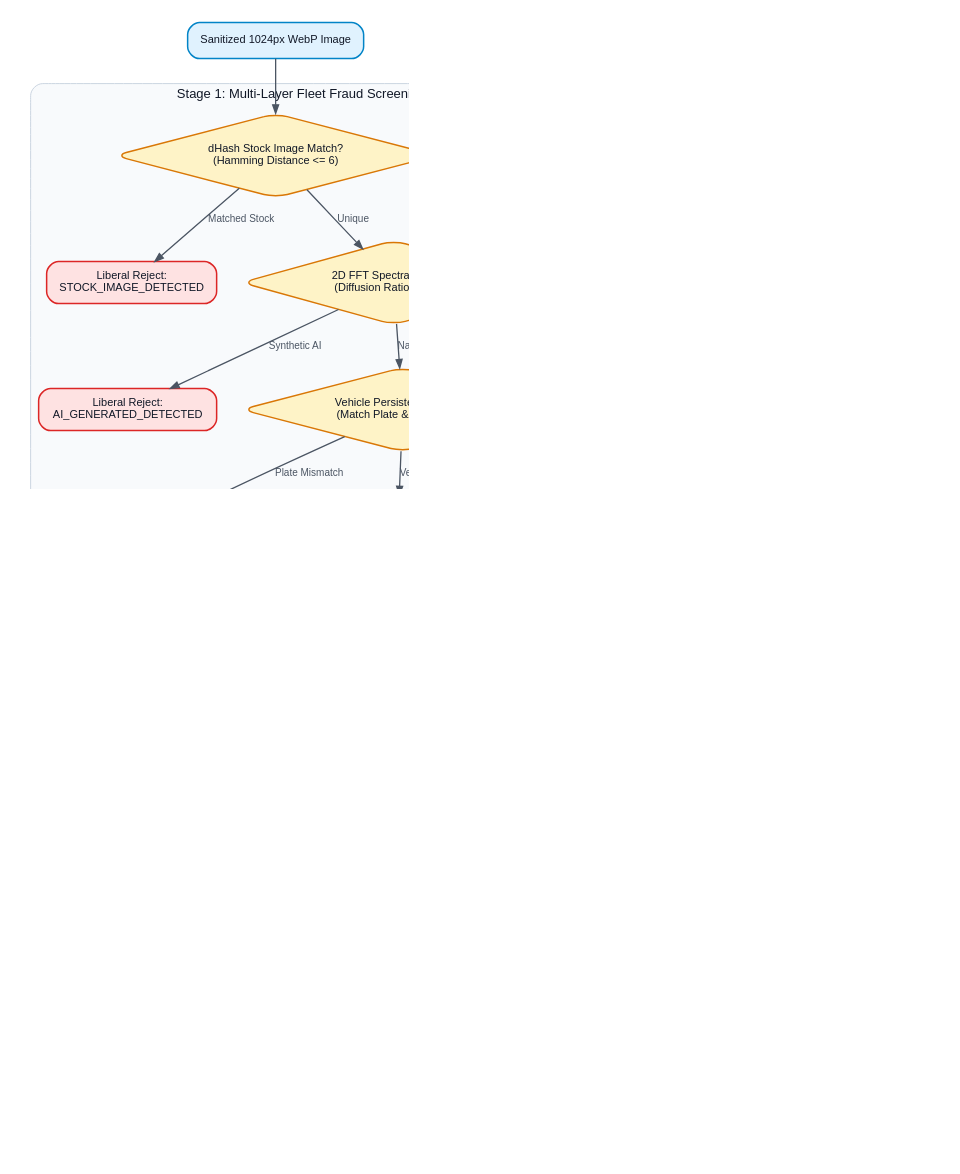
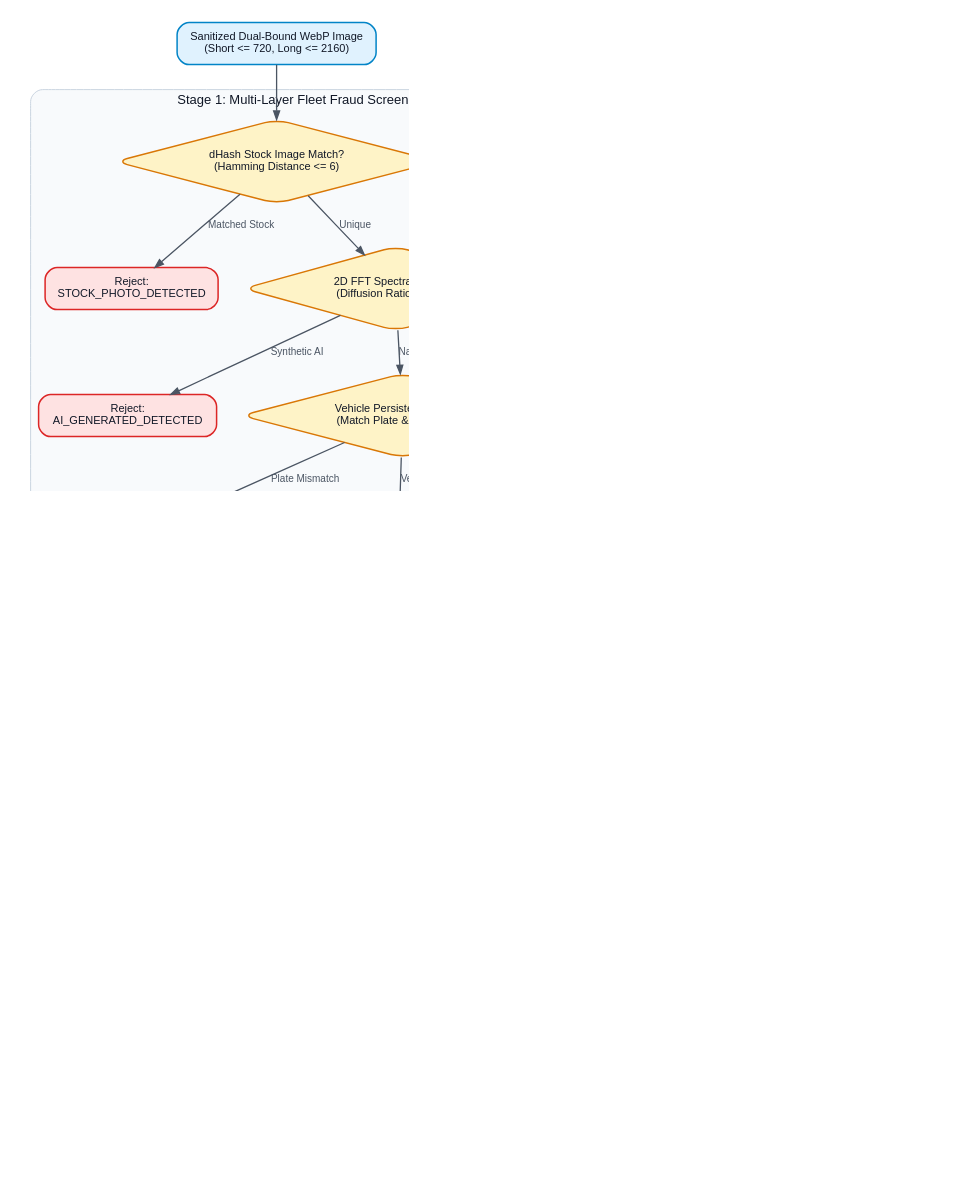
The diagram in docs/charts/04_component_3_fleet_anti_fraud_dual_ai.dot (btanh3812155/survey-pipeline), drawn with Graphviz before and after one commit. The commit also changed 10 other files, not shown here.

Commit message:
docs: re-render all 7 flowcharts with 720x2160 dual-edge bounds and ribbon protection

```diff
--- a/docs/charts/04_component_3_fleet_anti_fraud_dual_ai.dot
+++ b/docs/charts/04_component_3_fleet_anti_fraud_dual_ai.dot
@@ -1,57 +1,57 @@
 
 digraph G {
     graph [rankdir=TB, bgcolor="white", dpi=180, nodesep=0.35, ranksep=0.45, fontname="Helvetica, Arial, sans-serif", fontsize=13, fontcolor="#111827", pad="0.3,0.3"];
     node [fontname="Helvetica, Arial, sans-serif", fontsize=11, fontcolor="#111827", shape=box, style="rounded,filled", fillcolor="#f9fafb", color="#9ca3af", penwidth=1.5, margin="0.2,0.12"];
     edge [fontname="Helvetica, Arial, sans-serif", fontsize=10, fontcolor="#4b5563", color="#4b5563", penwidth=1.3, arrowsize=0.85];
 
-    img_in [label="Sanitized 1024px WebP Image", fillcolor="#e0f2fe", color="#0284c7"];
+    img_in [label="Sanitized Dual-Bound WebP Image\n(Short <= 720, Long <= 2160)", fillcolor="#e0f2fe", color="#0284c7"];
 
     subgraph cluster_fleet_fraud {
         label="Stage 1: Multi-Layer Fleet Fraud Screening";
         style="rounded,filled"; fillcolor="#f8fafc"; color="#cbd5e1";
         dhash [label="dHash Stock Image Match?\n(Hamming Distance <= 6)", shape=diamond, fillcolor="#fef3c7", color="#d97706"];
-        rej_stock [label="Liberal Reject:\nSTOCK_IMAGE_DETECTED", fillcolor="#fee2e2", color="#dc2626"];
+        rej_stock [label="Reject:\nSTOCK_PHOTO_DETECTED", fillcolor="#fee2e2", color="#dc2626"];
         fft [label="2D FFT Spectral Analysis\n(Diffusion Ratio > 1.35?)", shape=diamond, fillcolor="#fef3c7", color="#d97706"];
-        rej_ai [label="Liberal Reject:\nAI_GENERATED_DETECTED", fillcolor="#fee2e2", color="#dc2626"];
+        rej_ai [label="Reject:\nAI_GENERATED_DETECTED", fillcolor="#fee2e2", color="#dc2626"];
         veh_tracker [label="Vehicle Persistence Tracker\n(Match Plate & Type in DB)", shape=diamond, fillcolor="#fef3c7", color="#d97706"];
-        rej_veh [label="Liberal Reject:\nVEHICLE_MISMATCH", fillcolor="#fee2e2", color="#dc2626"];
+        rej_veh [label="Reject:\nVEHICLE_UNREGISTERED", fillcolor="#fee2e2", color="#dc2626"];
         income_check [label="Income Sanity Engine\n(Bounds & Micro-Ride Math)", shape=diamond, fillcolor="#fef3c7", color="#d97706"];
-        rej_income [label="Liberal Reject:\nOUTLANDISH_INCOME", fillcolor="#fee2e2", color="#dc2626"];
+        rej_income [label="Reject:\nINCOME_EXCEEDS_THRESHOLD", fillcolor="#fee2e2", color="#dc2626"];
     }
 
     subgraph cluster_dual_ai {
         label="Stage 2: Dual-Model AI Extraction (Primary -> Failover)";
         style="rounded,filled"; fillcolor="#f8fafc"; color="#cbd5e1";
         ai_router [label="AI Failover Router", shape=diamond, fillcolor="#fef3c7", color="#d97706"];
         ds_flash [label="Primary: DeepSeek Flash\n(Alibaba Cloud SG / API, 2.0s Limit)", fillcolor="#e0e7ff", color="#4338ca"];
         gemini_flash [label="Backup: Gemini 3.5 Flash\n(STRICTLY NO REASONING: thinking_budget=0)", fillcolor="#e0f2fe", color="#0284c7"];
         json_out [label="Raw Factual JSON Extraction\n(Zero Math in LLM)", fillcolor="#ffffff", color="#64748b"];
     }
 
     subgraph cluster_eval_rules {
         label="Stage 3: Deterministic Compliance Evaluation";
         style="rounded,filled"; fillcolor="#f8fafc"; color="#cbd5e1";
         py_rules [label="Python Deterministic Rule Engine\n(Validates Math, Signature, Tax Code)", shape=diamond, fillcolor="#fef3c7", color="#d97706"];
-        rej_rules [label="Liberal Reject:\nMISSING_FIELDS / ARITHMETIC_MISMATCH", fillcolor="#fee2e2", color="#dc2626"];
+        rej_rules [label="Reject:\nMISSING_FIELDS / CALCULATION_MISMATCH", fillcolor="#fee2e2", color="#dc2626"];
         approved [label="Survey Fully Approved!\n(Hand off to Persistence)", fillcolor="#dcfce7", color="#16a34a"];
     }
 
     img_in -> dhash;
     dhash -> rej_stock [label="Matched Stock"];
     dhash -> fft [label="Unique"];
     fft -> rej_ai [label="Synthetic AI"];
     fft -> veh_tracker [label="Natural Photo"];
     veh_tracker -> rej_veh [label="Plate Mismatch"];
     veh_tracker -> income_check [label="Vehicle Matches"];
     income_check -> rej_income [label="Outlandish Math"];
     income_check -> ai_router [label="Realistic Income"];
 
     ai_router -> ds_flash [label="Try Primary"];
     ds_flash -> json_out [label="Success (< 2.0s)"];
     ds_flash -> gemini_flash [label="Timeout / 429 / 503", color="#dc2626"];
     gemini_flash -> json_out [label="Instant Fallback"];
 
     json_out -> py_rules;
     py_rules -> rej_rules [label="Failed Compliance"];
     py_rules -> approved [label="Passed Compliance"];
 }
```
